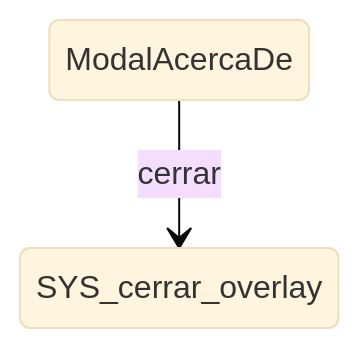
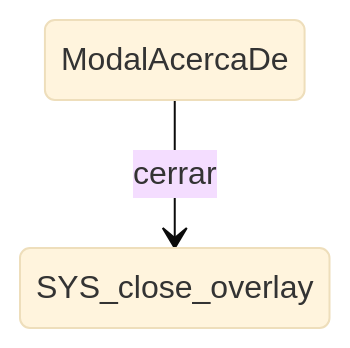
Before and after one commit to cepeche/Trenza-DSL: the diagram in spec/docs/sistema/overlays/ModalAcercaDe.md, drawn with Mermaid (base theme). The commit also changed other lines of this file and 2250 other files, not shown here.

````diff
--- a/spec/docs/sistema/overlays/ModalAcercaDe.md
+++ b/spec/docs/sistema/overlays/ModalAcercaDe.md
@@ -13,4 +14,4 @@
 ```mermaid
 stateDiagram-v2
-    ModalAcercaDe --> SYS_cerrar_overlay : cerrar
+    ModalAcercaDe --> SYS_close_overlay : cerrar
 ```
````
